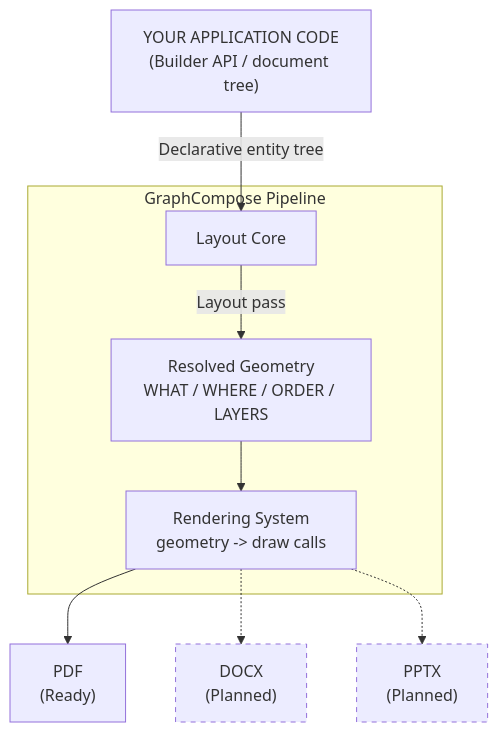
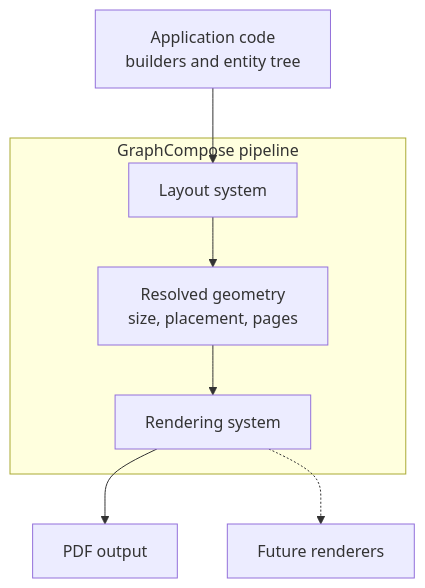
The diagram in README.md (DemchaAV/GraphCompose), drawn with Mermaid before and after one commit. The commit also changed other lines of this file and 4 other files, not shown here.

````diff
--- a/README.md
+++ b/README.md
@@ -140,25 +87,19 @@
 ```mermaid
 graph TD
-    UserCode["YOUR APPLICATION CODE<br/>(Builder API / document tree)"]
+    UserCode["Application code<br/>builders and entity tree"]
 
-    subgraph Core["GraphCompose Pipeline"]
-        LayoutSystem["Layout Core"]
-        Instructions["Resolved Geometry<br/>WHAT / WHERE / ORDER / LAYERS"]
-        RenderingSystem["Rendering System<br/>geometry -> draw calls"]
+    subgraph Core["GraphCompose pipeline"]
+        LayoutSystem["Layout system"]
+        Geometry["Resolved geometry<br/>size, placement, pages"]
+        Renderer["Rendering system"]
     end
 
-    PDF["PDF<br/>(Ready)"]
-    DOCX["DOCX<br/>(Planned)"]
-    PPTX["PPTX<br/>(Planned)"]
+    PDF["PDF output"]
+    Future["Future renderers"]
 
-    UserCode -->|"Declarative entity tree"| LayoutSystem
-    LayoutSystem -->|"Layout pass"| Instructions
-    Instructions --> RenderingSystem
-
-    RenderingSystem --> PDF
-    RenderingSystem -.-> DOCX
-    RenderingSystem -.-> PPTX
-
-    classDef planned stroke-dasharray: 5 5;
-    class DOCX,PPTX planned;
+    UserCode --> LayoutSystem
+    LayoutSystem --> Geometry
+    Geometry --> Renderer
+    Renderer --> PDF
+    Renderer -.-> Future
 ```
````
